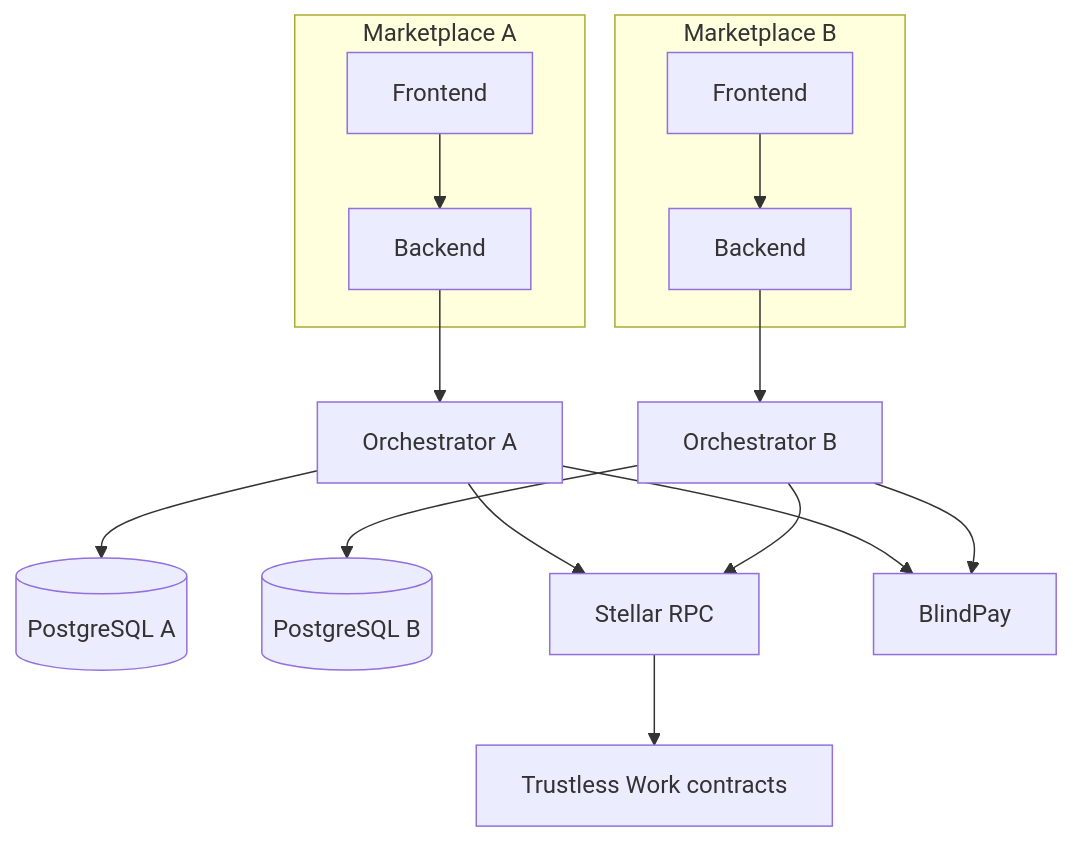
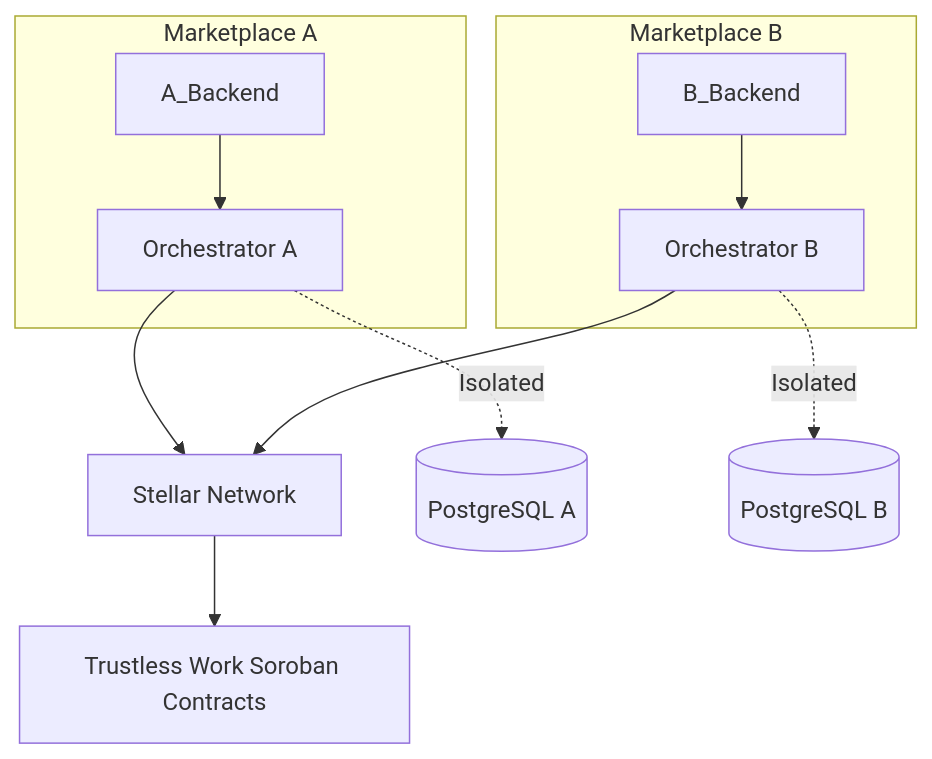
The diagram in content/docs/guide/architecture.mdx (OFFER-HUB/offer-hub-monorepo), drawn with Mermaid before and after one commit. The commit also changed other lines of this file and 22 other files, not shown here.

````diff
--- a/content/docs/guide/architecture.mdx
+++ b/content/docs/guide/architecture.mdx
@@ -25,31 +22,14 @@
 ```mermaid
 flowchart TB
     subgraph MarketA["Marketplace A"]
-        A_Web["Frontend"]
-        A_Backend["Backend"]
-        A_Web --> A_Backend
+        A_Backend --> A_Orch[Orchestrator A]
     end
     subgraph MarketB["Marketplace B"]
-        B_Web["Frontend"]
-        B_Backend["Backend"]
-        B_Web --> B_Backend
+        B_Backend --> B_Orch[Orchestrator B]
     end
-
-    A_Orch["Orchestrator A"]
-    B_Orch["Orchestrator B"]
-    A_DB[(PostgreSQL A)]
-    B_DB[(PostgreSQL B)]
-    RPC[Stellar RPC]
-    TW["Trustless Work contracts"]
-    BP[BlindPay]
-
-    A_Backend --> A_Orch
-    B_Backend --> B_Orch
-    A_Orch --> A_DB
-    B_Orch --> B_DB
-    A_Orch --> RPC
-    B_Orch --> RPC
-    RPC --> TW
-    A_Orch --> BP
-    B_Orch --> BP
+    A_Orch --> Stellar[Stellar Network]
+    B_Orch --> Stellar
+    Stellar --> Trustless[Trustless Work Soroban Contracts]
+    A_Orch -.->|Isolated| A_DB[(PostgreSQL A)]
+    B_Orch -.->|Isolated| B_DB[(PostgreSQL B)]
 ```
````
